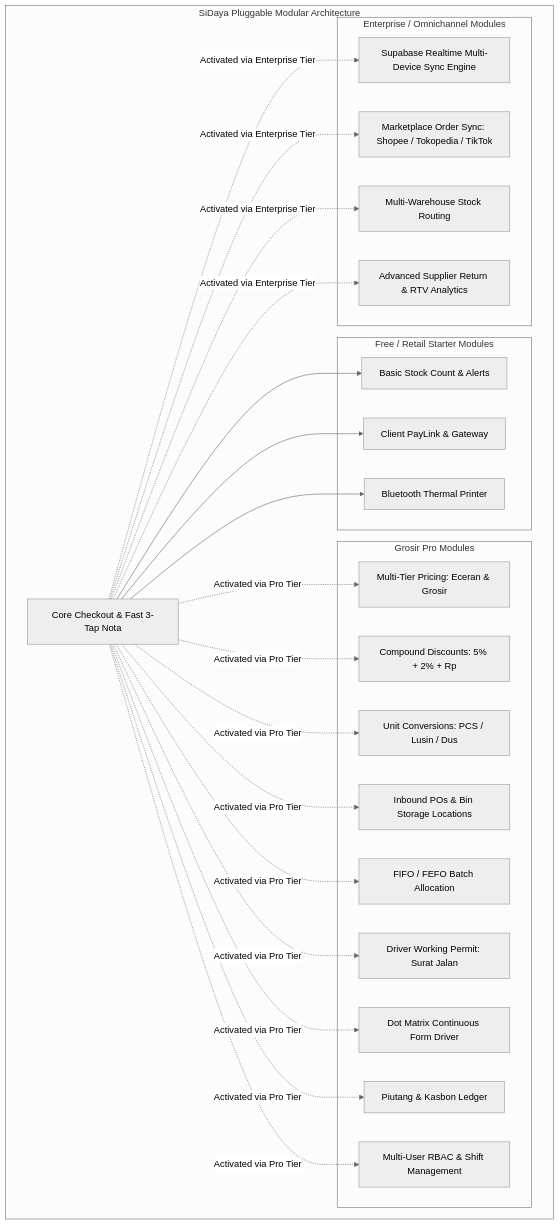
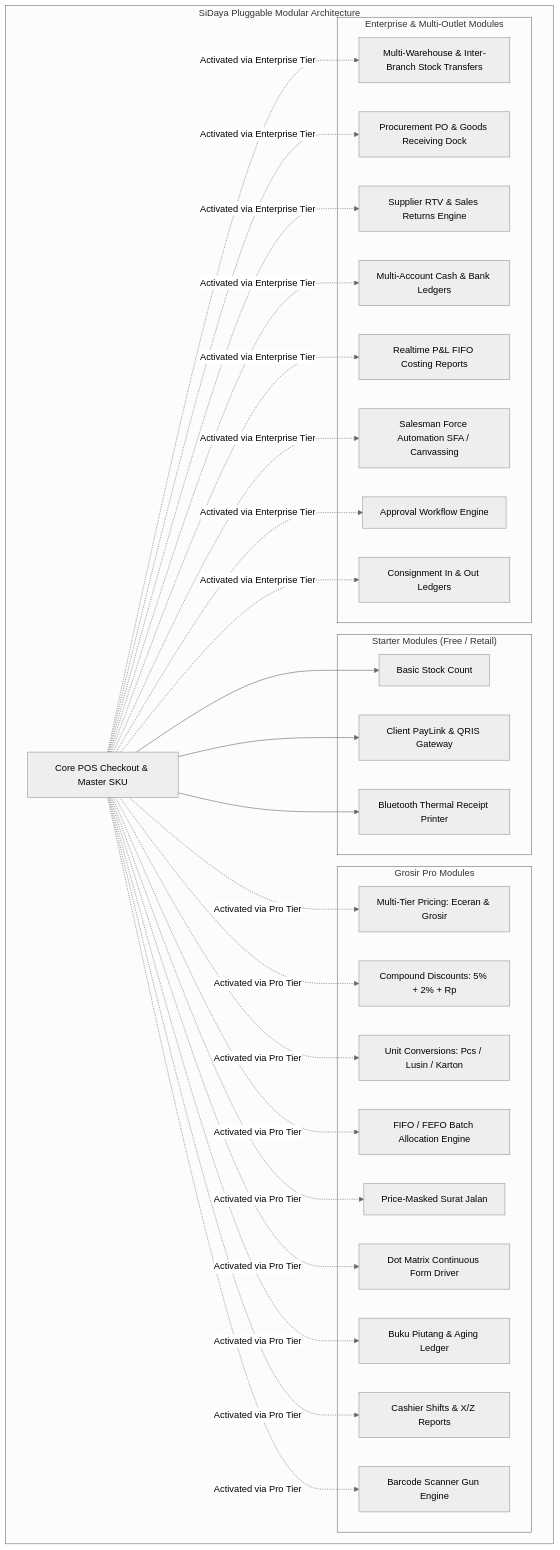
The third of 3 diagrams in docs/business/03_PRODUCT_VALUE_PROPOSITION.md (gabrielfermy/siDaya), drawn with Mermaid (neutral theme) before and after one commit. The commit also changed other lines of this file and 5 other files, not shown here.

Commit message:
docs: update architecture to 9-pilar enterprise ERP specification and canonical tenant navigation map

````diff
--- a/docs/business/03_PRODUCT_VALUE_PROPOSITION.md
+++ b/docs/business/03_PRODUCT_VALUE_PROPOSITION.md
@@ -125,48 +144,56 @@
 ```mermaid
 graph TD
     subgraph "SiDaya Pluggable Modular Architecture"
-        Core[Core Checkout & Fast 3-Tap Nota]
+        Core[Core POS Checkout & Master SKU]
         
-        subgraph "Free / Retail Starter Modules"
-            Mod1[Basic Stock Count & Alerts]
-            Mod2[Client PayLink & Gateway]
-            Mod3[Bluetooth Thermal Printer]
+        subgraph "Starter Modules (Free / Retail)"
+            Mod1[Basic Stock Count]
+            Mod2[Client PayLink & QRIS Gateway]
+            Mod3[Bluetooth Thermal Receipt Printer]
         end
         
         subgraph "Grosir Pro Modules"
             Mod4[Multi-Tier Pricing: Eceran & Grosir]
             Mod5[Compound Discounts: 5% + 2% + Rp]
-            Mod6[Unit Conversions: PCS / Lusin / Dus]
-            Mod7[Inbound POs & Bin Storage Locations]
-            Mod8[FIFO / FEFO Batch Allocation]
-            Mod9[Driver Working Permit: Surat Jalan]
-            Mod10[Dot Matrix Continuous Form Driver]
-            Mod11[Piutang & Kasbon Ledger]
-            Mod12[Multi-User RBAC & Shift Management]
+            Mod6[Unit Conversions: Pcs / Lusin / Karton]
+            Mod7[FIFO / FEFO Batch Allocation Engine]
+            Mod8[Price-Masked Surat Jalan]
+            Mod9[Dot Matrix Continuous Form Driver]
+            Mod10[Buku Piutang & Aging Ledger]
+            Mod11[Cashier Shifts & X/Z Reports]
+            Mod12[Barcode Scanner Gun Engine]
         end
         
-        subgraph "Enterprise / Omnichannel Modules"
-            Mod13[Supabase Realtime Multi-Device Sync Engine]
-            Mod14[Marketplace Order Sync: Shopee / Tokopedia / TikTok]
-            Mod15[Multi-Warehouse Stock Routing]
-            Mod16[Advanced Supplier Return & RTV Analytics]
+        subgraph "Enterprise & Multi-Outlet Modules"
+            Mod13[Multi-Warehouse & Inter-Branch Stock Transfers]
+            Mod14[Procurement PO & Goods Receiving Dock]
+            Mod15[Supplier RTV & Sales Returns Engine]
+            Mod16[Multi-Account Cash & Bank Ledgers]
+            Mod17[Realtime P&L FIFO Costing Reports]
+            Mod18[Salesman Force Automation SFA / Canvassing]
+            Mod19[Approval Workflow Engine]
+            Mod20[Consignment In & Out Ledgers]
         end
         
         Core --> Mod1
         Core --> Mod2
         Core --> Mod3
         Core -.->|Activated via Pro Tier| Mod4
         Core -.->|Activated via Pro Tier| Mod5
         Core -.->|Activated via Pro Tier| Mod6
         Core -.->|Activated via Pro Tier| Mod7
         Core -.->|Activated via Pro Tier| Mod8
         Core -.->|Activated via Pro Tier| Mod9
         Core -.->|Activated via Pro Tier| Mod10
         Core -.->|Activated via Pro Tier| Mod11
         Core -.->|Activated via Pro Tier| Mod12
         Core -.->|Activated via Enterprise Tier| Mod13
         Core -.->|Activated via Enterprise Tier| Mod14
         Core -.->|Activated via Enterprise Tier| Mod15
         Core -.->|Activated via Enterprise Tier| Mod16
+        Core -.->|Activated via Enterprise Tier| Mod17
+        Core -.->|Activated via Enterprise Tier| Mod18
+        Core -.->|Activated via Enterprise Tier| Mod19
+        Core -.->|Activated via Enterprise Tier| Mod20
     end
 ```
````
